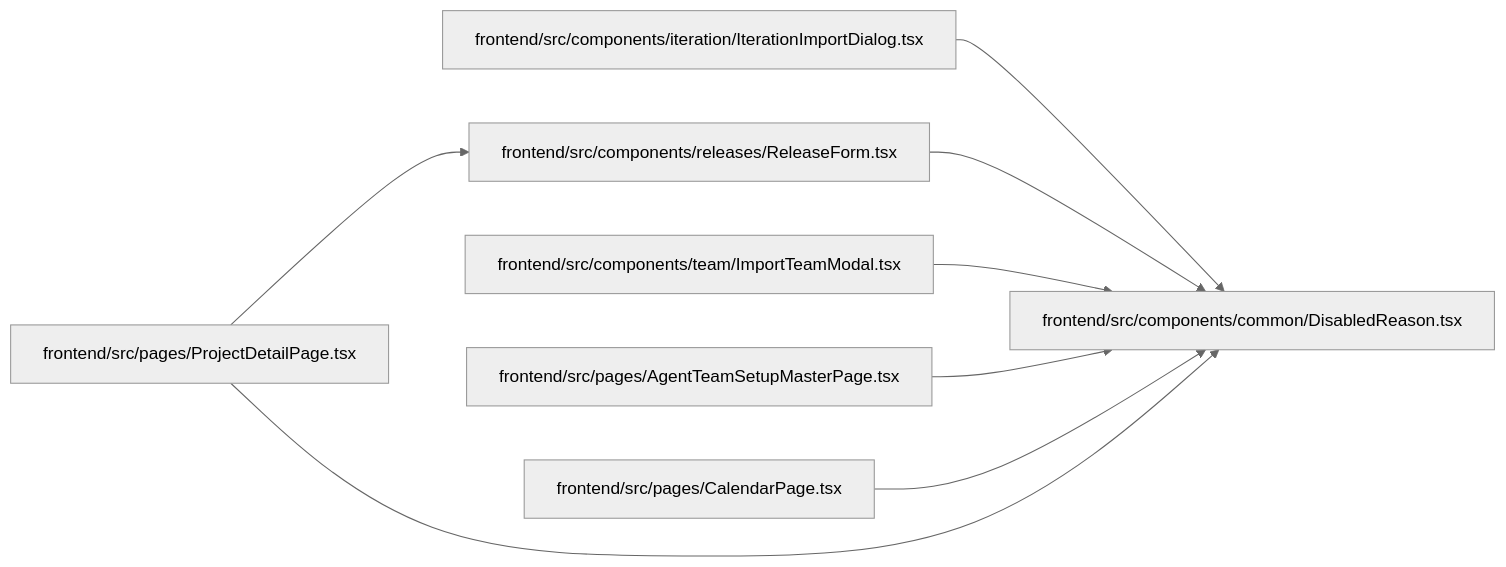
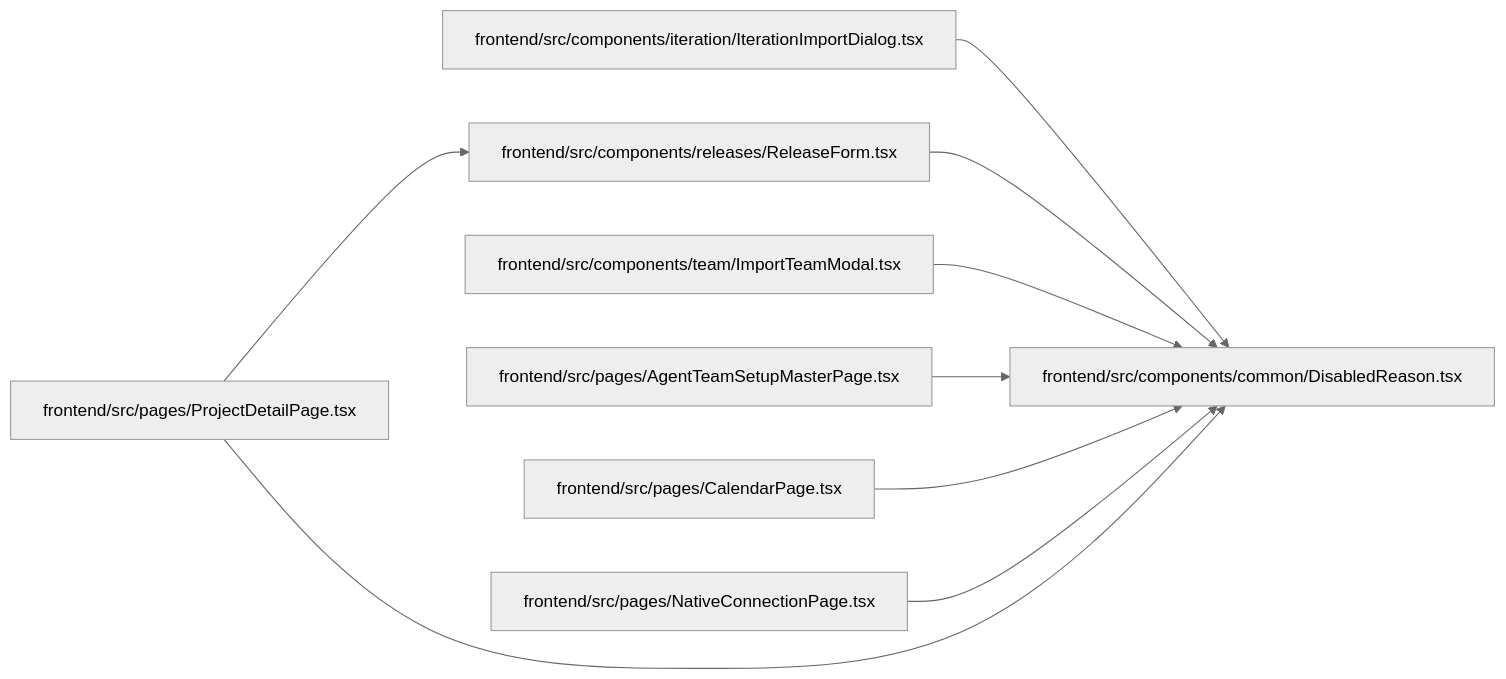
The diagram in docs/llm_wiki/modules/DisabledReason.md (Denissvgn/WorkChord), drawn with Mermaid (neutral theme) before and after one commit. The commit also changed other lines of this file and 500 other files, not shown here.

````diff
--- a/docs/llm_wiki/modules/DisabledReason.md
+++ b/docs/llm_wiki/modules/DisabledReason.md
@@ -24,24 +24,27 @@
 ```mermaid
 flowchart LR
     n0["frontend/src/components/common/DisabledReason.tsx"]
     n1["frontend/src/components/iteration/IterationImportDialog.tsx"]
     n2["frontend/src/components/releases/ReleaseForm.tsx"]
     n3["frontend/src/components/team/ImportTeamModal.tsx"]
     n4["frontend/src/pages/AgentTeamSetupMasterPage.tsx"]
     n5["frontend/src/pages/CalendarPage.tsx"]
-    n6["frontend/src/pages/ProjectDetailPage.tsx"]
+    n6["frontend/src/pages/NativeConnectionPage.tsx"]
+    n7["frontend/src/pages/ProjectDetailPage.tsx"]
     n1 --> n0
     n2 --> n0
     n3 --> n0
     n4 --> n0
     n5 --> n0
     n6 --> n0
-    n6 --> n2
+    n7 --> n0
+    n7 --> n2
     click n0 "../modules/DisabledReason.md"
     click n1 "../modules/IterationImportDialog.md"
     click n2 "../modules/ReleaseForm.md"
     click n3 "../modules/ImportTeamModal.md"
     click n4 "../modules/AgentTeamSetupMasterPage.md"
     click n5 "../modules/CalendarPage.md"
-    click n6 "../modules/ProjectDetailPage.md"
+    click n6 "../modules/NativeConnectionPage.md"
+    click n7 "../modules/ProjectDetailPage.md"
 ```
````
